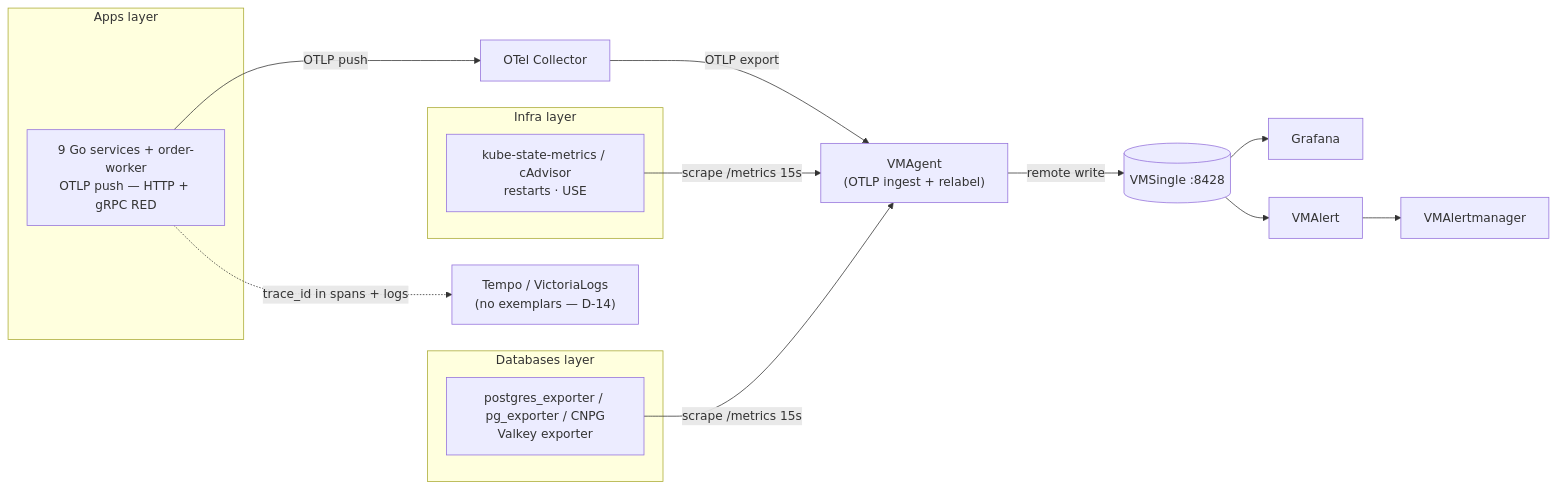
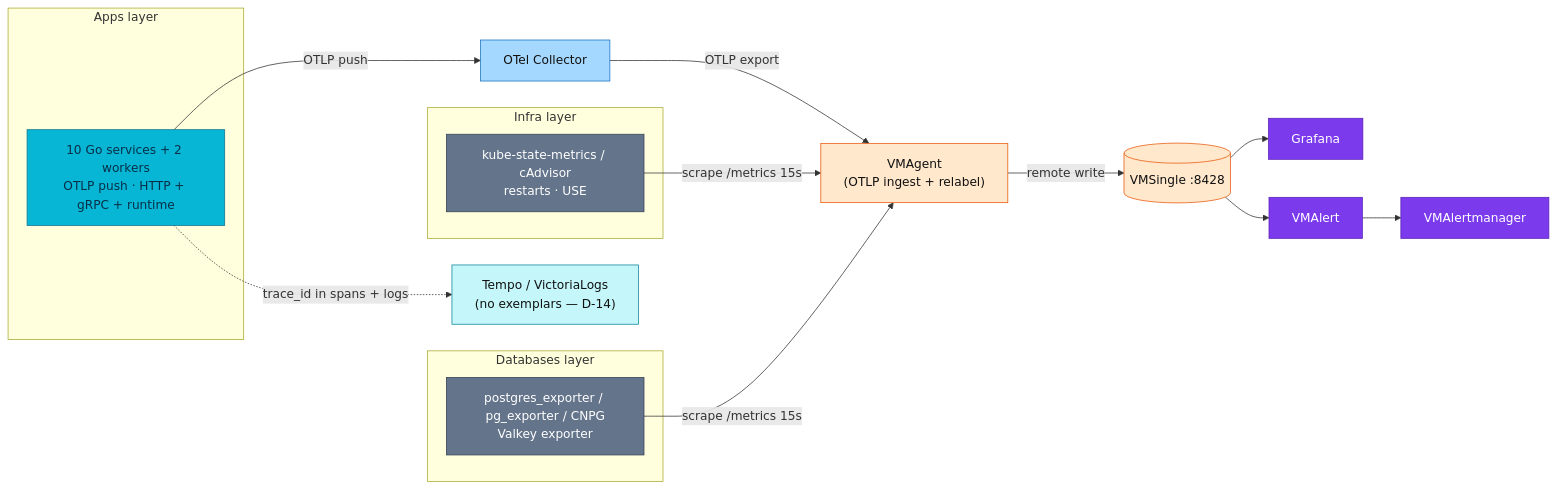
Before and after one commit to duynhlab/homelab: the second of 2 diagrams in docs/observability/metrics/README.md, drawn with Mermaid. The commit also changed other lines of this file and 33 other files, not shown here.

First line of the commit message:
Refresh observability diagrams (#516)

````diff
--- a/docs/observability/metrics/README.md
+++ b/docs/observability/metrics/README.md
@@ -97,20 +101,32 @@
 ```mermaid
 flowchart LR
     subgraph apps["Apps layer"]
-        SVC["9 Go services + order-worker<br/>OTLP push — HTTP + gRPC RED"]
+        SVC["10 Go services + 2 workers<br/>OTLP push · HTTP + gRPC + runtime"]
     end
     subgraph infra["Infra layer"]
         KSM["kube-state-metrics / cAdvisor<br/>restarts · USE"]
     end
     subgraph db["Databases layer"]
         PGE["postgres_exporter / pg_exporter / CNPG<br/>Valkey exporter"]
     end
 
     SVC -->|"OTLP push"| OTEL["OTel Collector"]
     OTEL -->|"OTLP export"| VMA["VMAgent<br/>(OTLP ingest + relabel)"]
     KSM & PGE -->|"scrape /metrics 15s"| VMA
     VMA -->|remote write| VMS[("VMSingle :8428")]
     VMS --> GRAF["Grafana"]
     VMS --> VMAL["VMAlert"] --> AM["VMAlertmanager"]
     SVC -. "trace_id in spans + logs" .-> CORR["Tempo / VictoriaLogs<br/>(no exemplars — D-14)"]
+    classDef service fill:#06b6d4,color:#082f49,stroke:#0e7490;
+    classDef external fill:#64748b,color:#fff,stroke:#334155;
+    classDef metric fill:#ffe8cc,color:#111,stroke:#e8590c;
+    classDef trace fill:#c5f6fa,color:#111,stroke:#0c8599;
+    classDef collector fill:#a5d8ff,color:#111,stroke:#1971c2;
+    classDef platform fill:#7c3aed,color:#fff,stroke:#5b21b6;
+    class SVC service;
+    class KSM,PGE external;
+    class OTEL collector;
+    class VMA,VMS metric;
+    class VMAL,AM,GRAF platform;
+    class CORR trace;
 ```
````
